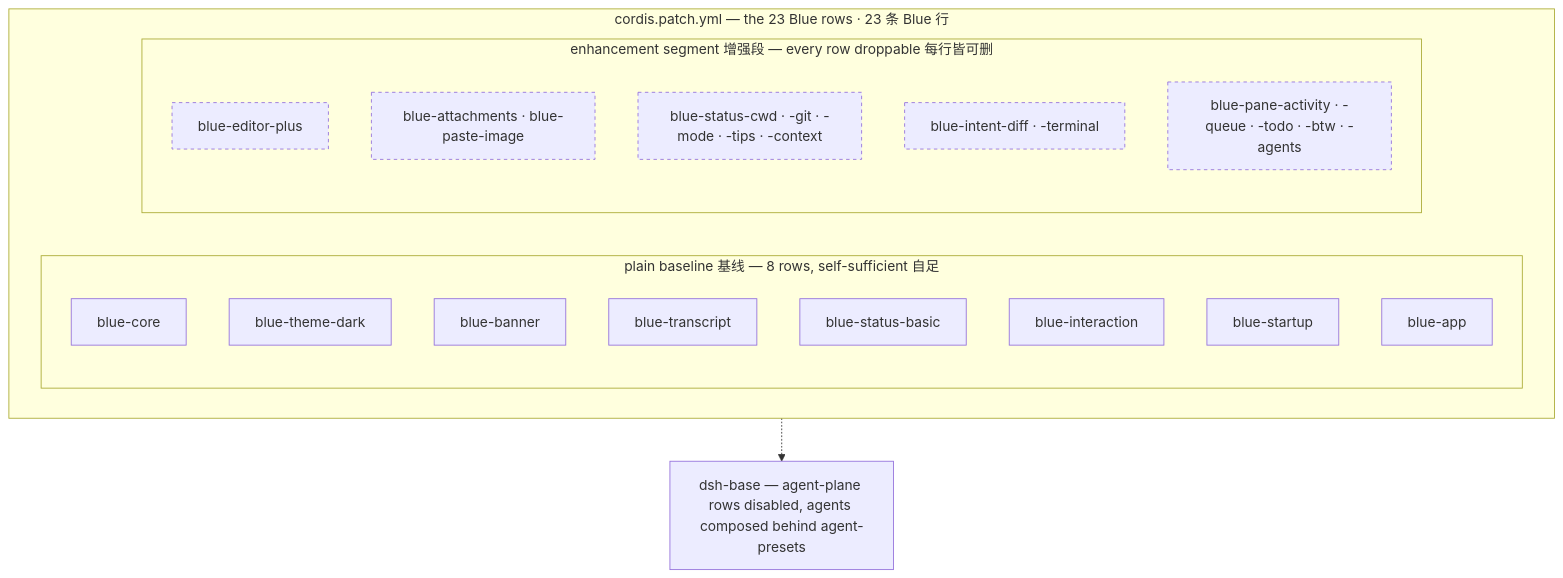
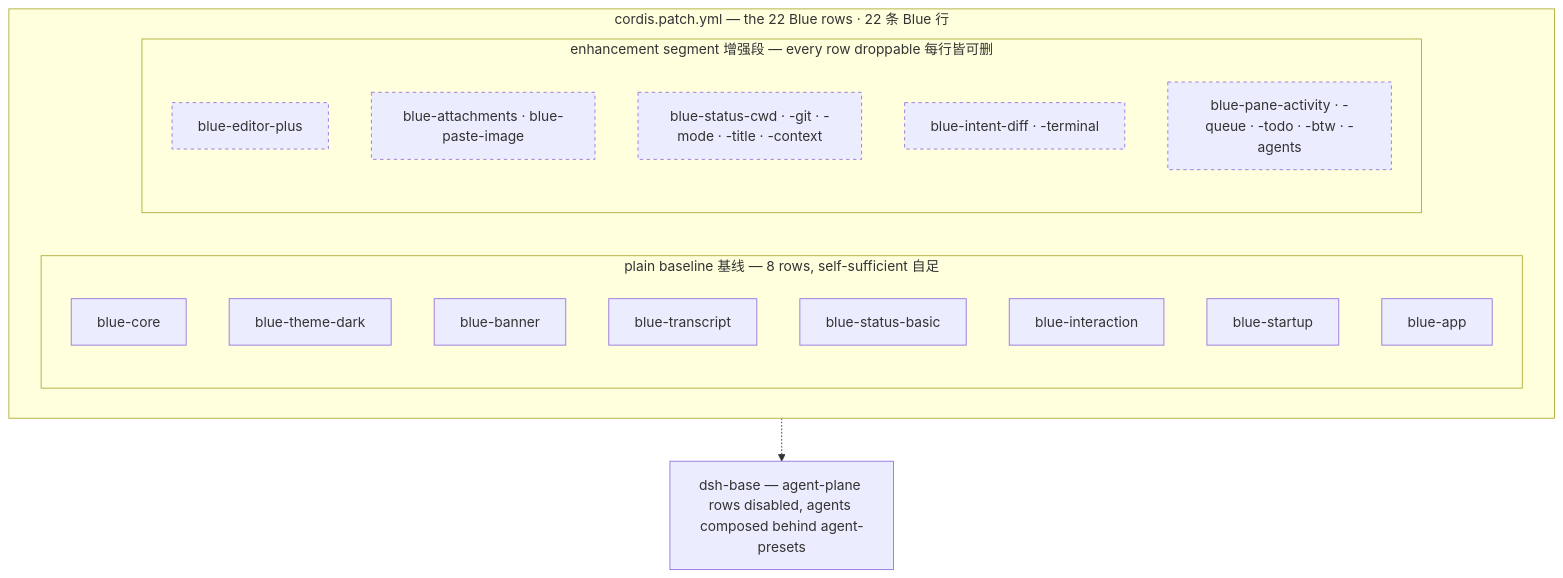
The diagram in docs/diagrams/blue-composition.mmd (dsh-blue/blue), drawn with Mermaid before and after one commit. The commit also changed 9 other files, not shown here.

First line of the commit message:
docs: sync diagrams and website to the footer tips/title swap

```diff
--- a/docs/diagrams/blue-composition.mmd
+++ b/docs/diagrams/blue-composition.mmd
@@ -1,25 +1,25 @@
 flowchart TB
-    subgraph bundle["cordis.patch.yml — the 23 Blue rows · 23 条 Blue 行"]
+    subgraph bundle["cordis.patch.yml — the 22 Blue rows · 22 条 Blue 行"]
         subgraph baseline["plain baseline 基线 — 8 rows, self-sufficient 自足"]
             core["blue-core"]
             theme["blue-theme-dark"]
             banner["blue-banner"]
             transcript["blue-transcript"]
             sbasic["blue-status-basic"]
             interaction["blue-interaction"]
             startup["blue-startup"]
             bapp["blue-app"]
         end
         subgraph enhancement["enhancement segment 增强段 — every row droppable 每行皆可删"]
             editorPlus["blue-editor-plus"]
             att["blue-attachments · blue-paste-image"]
-            statusEnh["blue-status-cwd · -git · -mode · -tips · -context"]
+            statusEnh["blue-status-cwd · -git · -mode · -title · -context"]
             intents["blue-intent-diff · -terminal"]
             panes["blue-pane-activity · -queue · -todo · -btw · -agents"]
         end
     end
     dshbase["dsh-base — agent-plane rows disabled, agents composed behind agent-presets"]
     bundle -.-> dshbase
 
     classDef optional stroke-dasharray: 4 4;
     class editorPlus,att,statusEnh,intents,panes optional;
```
